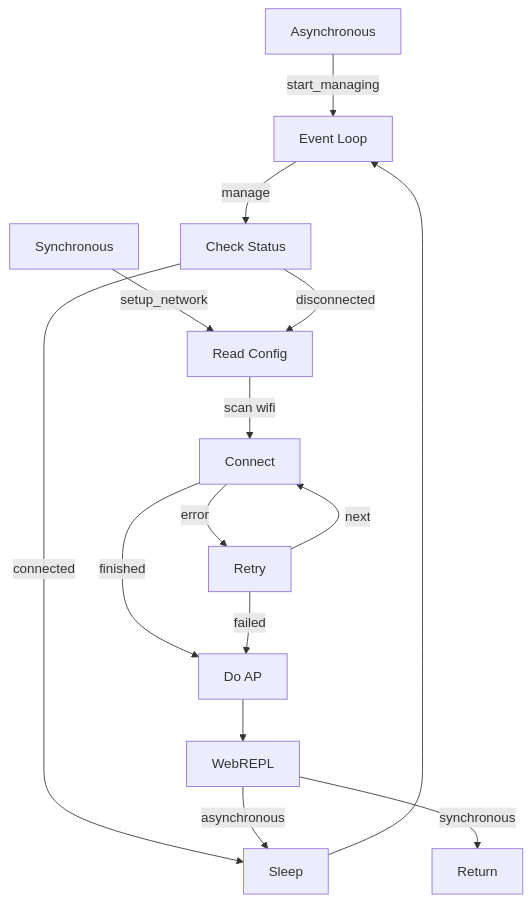
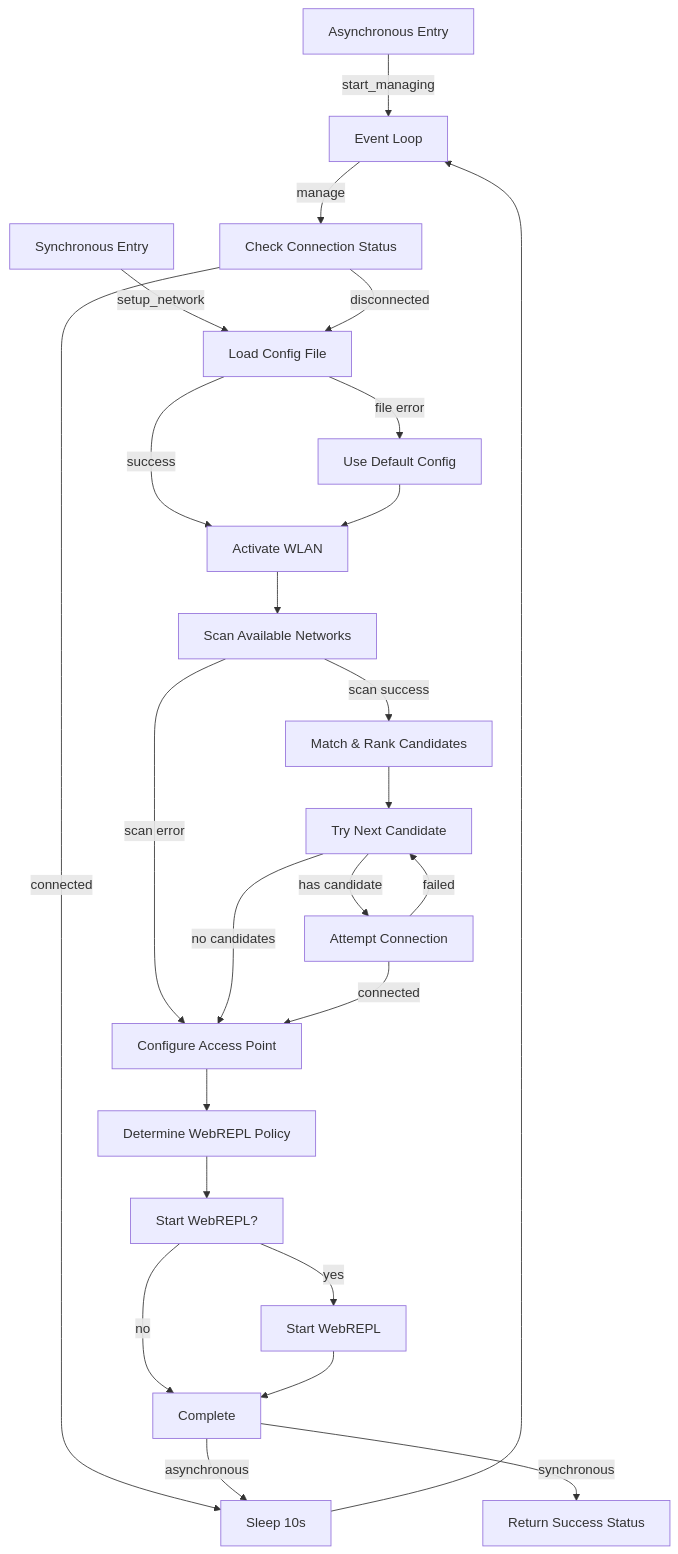
One commit to mitchins/micropython-wifimanager changed the diagram in README.md. Above: the diagram before and after it, drawn with Mermaid. The commit also changed 1 other file, not shown here.

Commit message:
Update system flow diagram to match actual implementation
- Complete rewrite of flow diagram for accuracy
- Added missing steps: config loading, error handling, candidate matching
- Fixed incorrect retry logic (tries next candidate, not retry same)
- Added proper error paths for scan failures and config errors
- Shows actual WebREPL decision logic and AP configuration flow
- Reflects all recent reliability improvements and error handling
- Now accurately represents both sync and async execution paths

````diff
--- a/README.md
+++ b/README.md
@@ -86,17 +86,35 @@
 ```mermaid
 graph TD
-    A[Asynchronous] -- start_managing --> B[Event Loop]
-    C[Synchronous] -- setup_network --> D[Read Config]
-    B -- manage --> E[Check Status]
-    E -- connected --> F[Sleep]
+    A[Asynchronous Entry] -- start_managing --> B[Event Loop]
+    C[Synchronous Entry] -- setup_network --> D[Load Config File]
+    
+    B -- manage --> E[Check Connection Status]
+    E -- connected --> F[Sleep 10s]
     E -- disconnected --> D
-    D -- scan wifi --> G[Connect]
-    G -- finished --> H[Do AP]
-    G -- error --> I[Retry]
-    I -- next --> G
-    I -- failed --> H
-    H --> J[WebREPL]
-    J -- asynchronous --> F
-    J -- synchronous --> K[Return]
+    
+    D -- success --> G[Activate WLAN]
+    D -- file error --> D1[Use Default Config]
+    D1 --> G
+    
+    G --> H[Scan Available Networks]
+    H -- scan success --> I[Match & Rank Candidates]
+    H -- scan error --> M[Configure AP]
+    
+    I --> J[Try Next Candidate]
+    J -- has candidate --> K[Attempt Connection]
+    J -- no candidates --> M
+    
+    K -- connected --> M
+    K -- failed --> J
+    
+    M[Configure Access Point] --> N[Determine WebREPL Policy]
+    N --> O[Start WebREPL?]
+    O -- yes --> P[Start WebREPL]
+    O -- no --> Q[Complete]
+    P --> Q
+    
+    Q -- asynchronous --> F
+    Q -- synchronous --> R[Return Success Status]
+    
     F --> B
 ```
````
